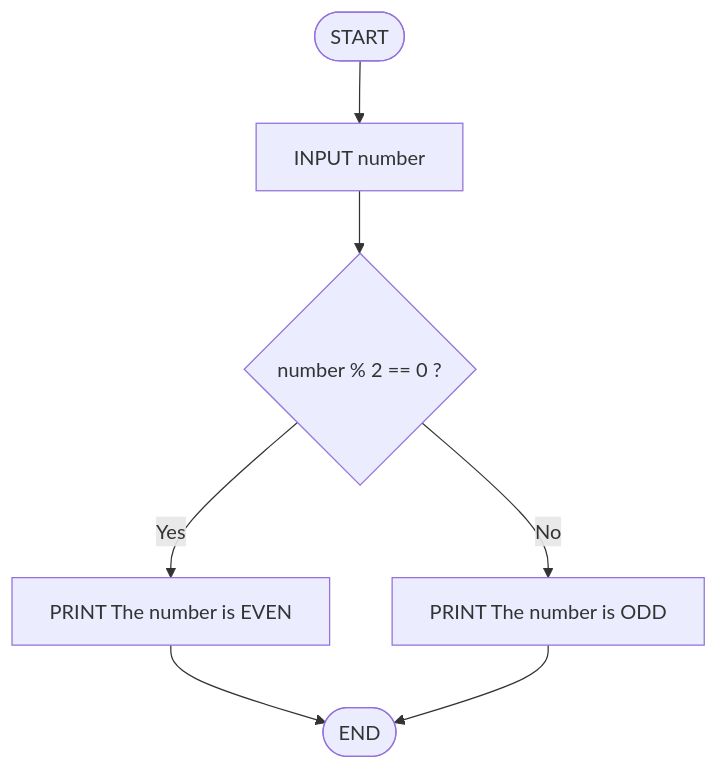
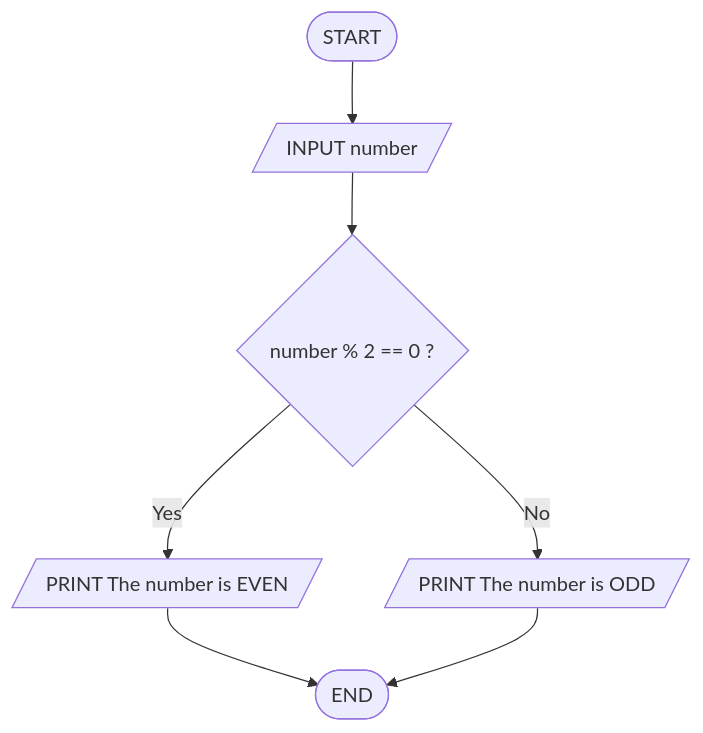
The diagram in Exercise 1/EvenOrOddNumber.md (SangeethaNachimuthu/pseudocode-flowchart-workshop), drawn with Mermaid before and after one commit. The commit also changed 10 other files, not shown here.

````diff
--- a/Exercise 1/EvenOrOddNumber.md
+++ b/Exercise 1/EvenOrOddNumber.md
@@ -1,9 +1,9 @@
 ```mermaid
 flowchart TD
-    A([START]) --> B[INPUT number]
+    A([START]) --> B[/INPUT number/]
     B --> C{number % 2 == 0 ?}
-    C --> |Yes| D[PRINT The number is EVEN]
-    C --> |No| E[PRINT The number is ODD]
+    C --> |Yes| D[/PRINT The number is EVEN/]
+    C --> |No| E[/PRINT The number is ODD/]
     D --> F([END])
     E --> F([END])
 ```
````
